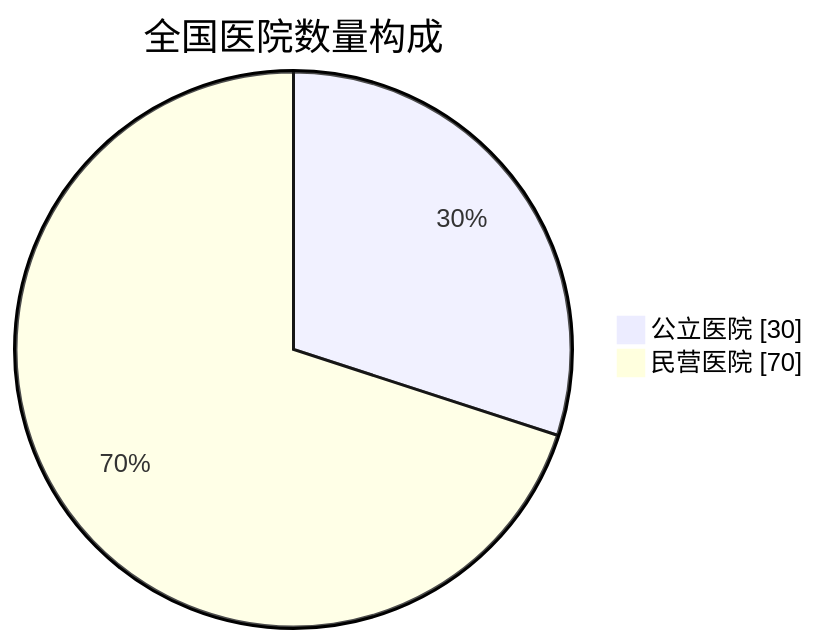
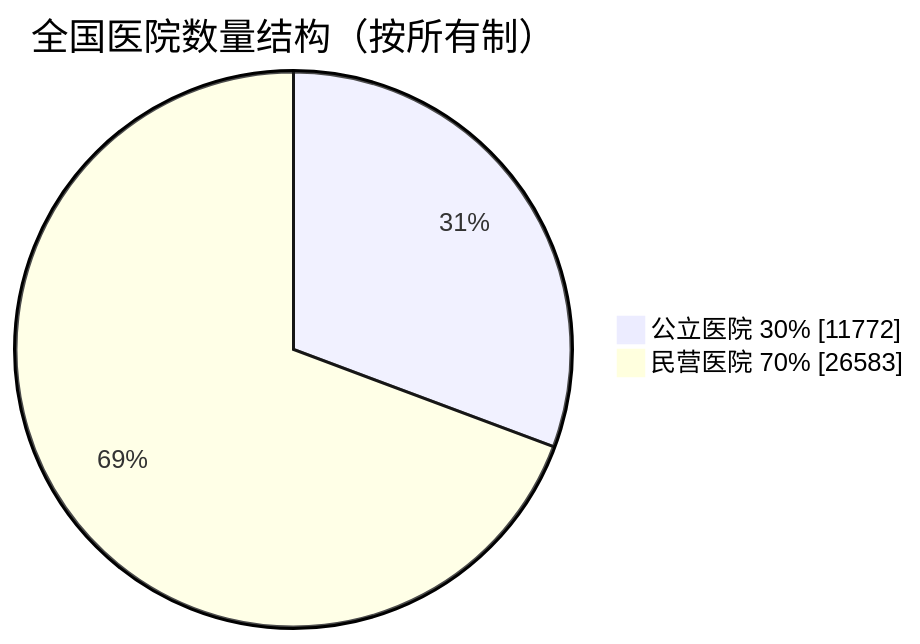
The first of 9 diagrams in _posts/2026-06-13-研究笔记——民营医院的赚钱路径.md (andy660/andy660.github.io), drawn with Mermaid before and after one commit. The commit also changed other lines of this file and 3 other files, not shown here.

````diff
--- a/_posts/2026-06-13-研究笔记——民营医院的赚钱路径.md
+++ b/_posts/2026-06-13-研究笔记——民营医院的赚钱路径.md
@@ -22,6 +27,6 @@
 ```mermaid
 pie showData
-    title 全国医院数量构成
-    "公立医院" : 30
-    "民营医院" : 70
+    title 全国医院数量结构（按所有制）
+    "公立医院 30%" : 11772
+    "民营医院 70%" : 26583
 ```
````
